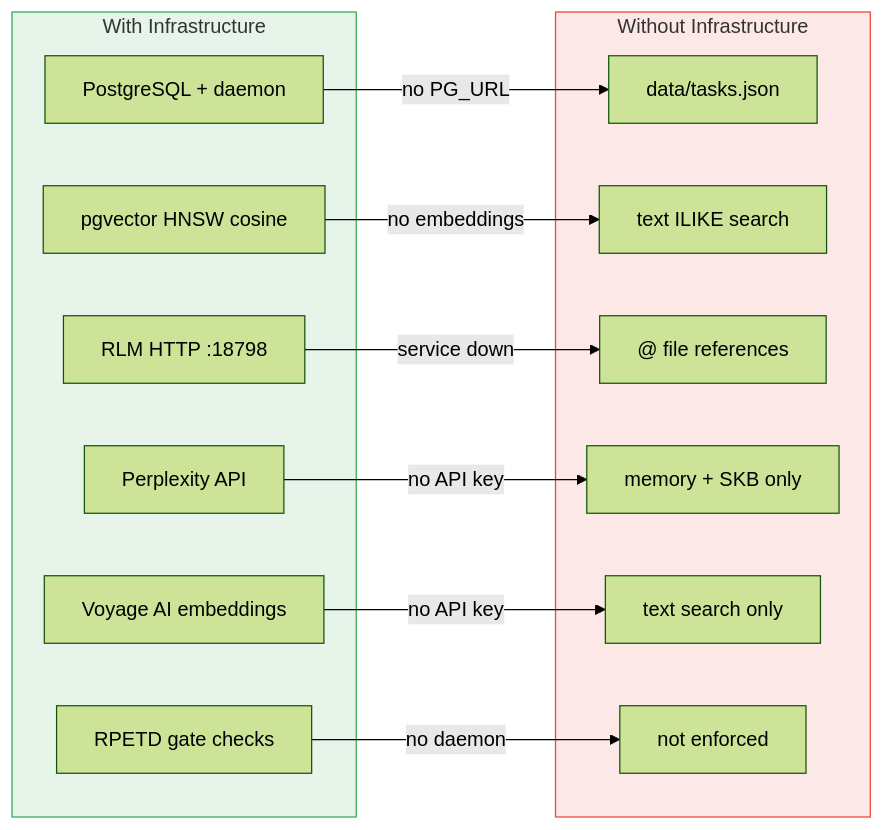
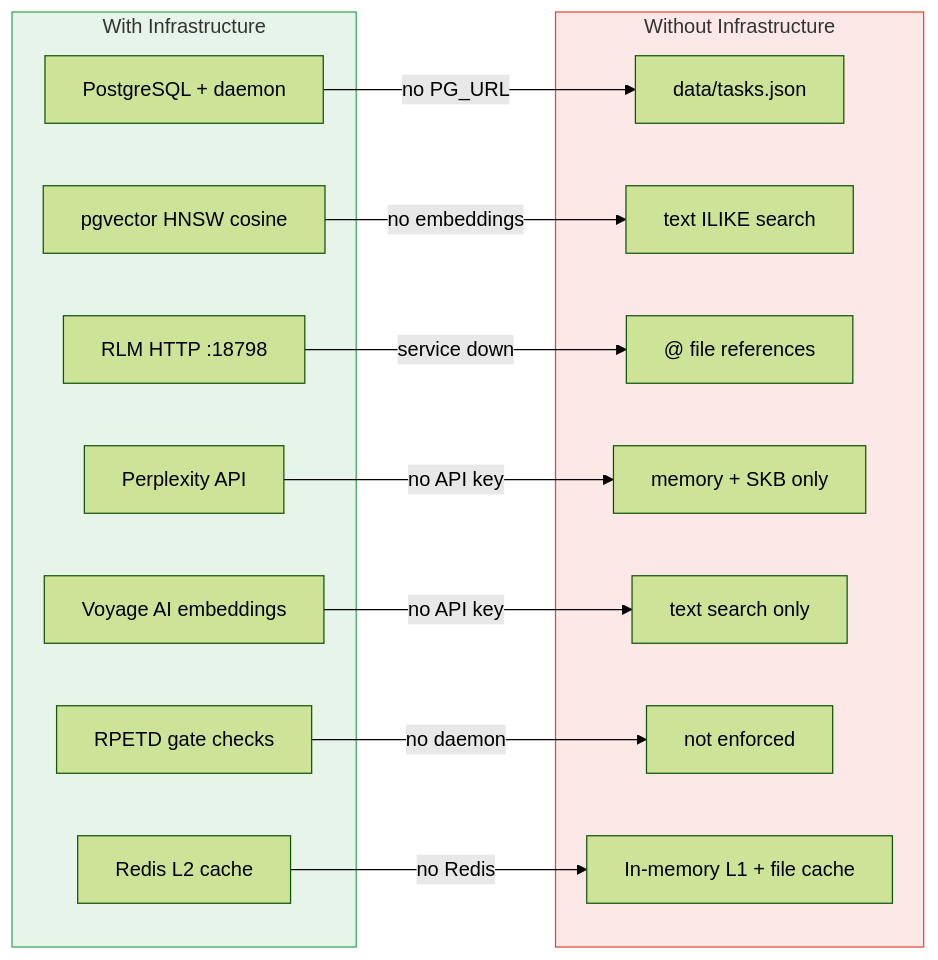
One commit to Luiscmogrovejo/gsd-amauta changed the tenth of 10 diagrams in README.md. Above: the diagram before and after it, drawn with Mermaid (forest theme). The commit also changed other lines of this file and 3 other files, not shown here.

````diff
--- a/README.md
+++ b/README.md
@@ -613,30 +634,33 @@
 ```mermaid
 graph LR
     subgraph Full["With Infrastructure"]
         PG["PostgreSQL + daemon"]
         VEC["pgvector HNSW cosine"]
         RLMS["RLM HTTP :18798"]
         PPX["Perplexity API"]
         VOY["Voyage AI embeddings"]
         RPETD["RPETD gate checks"]
+        RDS["Redis L2 cache"]
     end
 
     subgraph Fallback["Without Infrastructure"]
         JSON["data/tasks.json"]
         ILIKE["text ILIKE search"]
         AT["@ file references"]
         LOCAL["memory + SKB only"]
         TEXT["text search only"]
         HONOR["not enforced"]
+        L1["In-memory L1 + file cache"]
     end
 
     PG -->|"no PG_URL"| JSON
     VEC -->|"no embeddings"| ILIKE
     RLMS -->|"service down"| AT
     PPX -->|"no API key"| LOCAL
     VOY -->|"no API key"| TEXT
     RPETD -->|"no daemon"| HONOR
+    RDS -->|"no Redis"| L1
 
     style Full fill:#e6f4ea,stroke:#34a853
     style Fallback fill:#fce8e6,stroke:#ea4335
 ```
````
